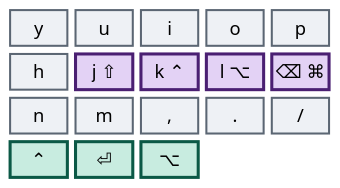
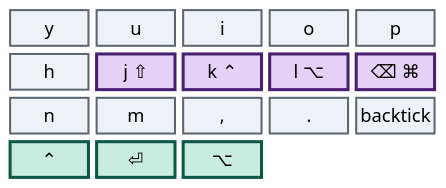
Before and after one commit to abloch/zmk-corne: the ninth of 9 diagrams in 32-keys.he.md, drawn with Mermaid. The commit also changed other lines of this file and 4 other files, not shown here.

````diff
--- a/32-keys.he.md
+++ b/32-keys.he.md
@@ -398,18 +395,18 @@
 ```mermaid
 %%{init: {'theme':'base','themeVariables':{'primaryColor':'#eef1f5','primaryTextColor':'#0b0f14','primaryBorderColor':'#5b6673','nodeTextColor':'#0b0f14','textColor':'#0b0f14','mainBkg':'#eef1f5','fontSize':'18px'}}}%%
 block
 columns 5
 
   y u i o p
   h j["j ⇧"] k["k ⌃"] l["l ⌥"] bspc["⌫ ⌘"]
-  n m comma[","] dot["."] slash["/"]
+  n m comma[","] dot["."] grav["backtick"]
   ctrl["⌃"] entr["⏎"] alt["⌥"] space:2
 
   classDef hrm fill:#e3d2f5,stroke:#4a1f72,stroke-width:3px,color:#240c39
   classDef thumb fill:#c8ece0,stroke:#0b5946,stroke-width:3px,color:#06241c
   classDef core fill:#eef1f5,stroke:#5b6673,stroke-width:2px,color:#0b0f14
 
   class j,k,l,bspc hrm
   class ctrl,entr,alt thumb
-  class y,u,i,o,p,h,n,m,comma,dot,slash core
+  class y,u,i,o,p,h,n,m,comma,dot,grav core
 ```
````
